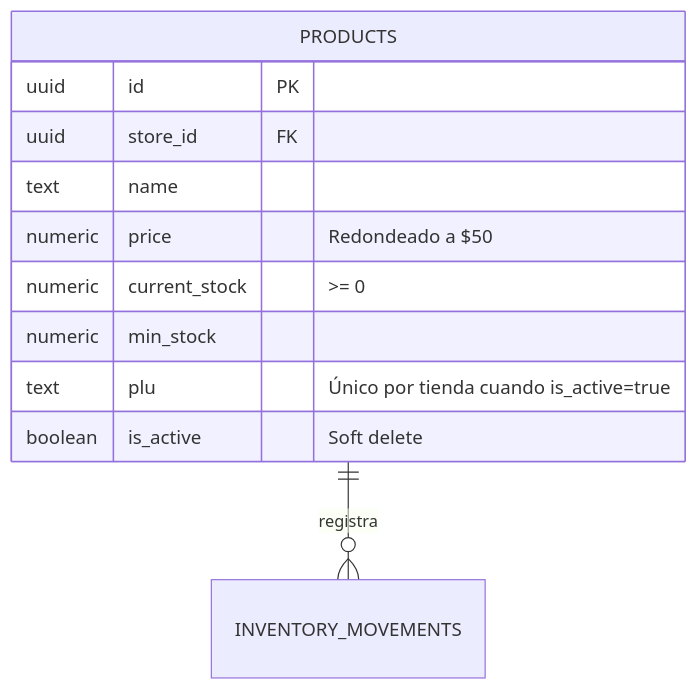
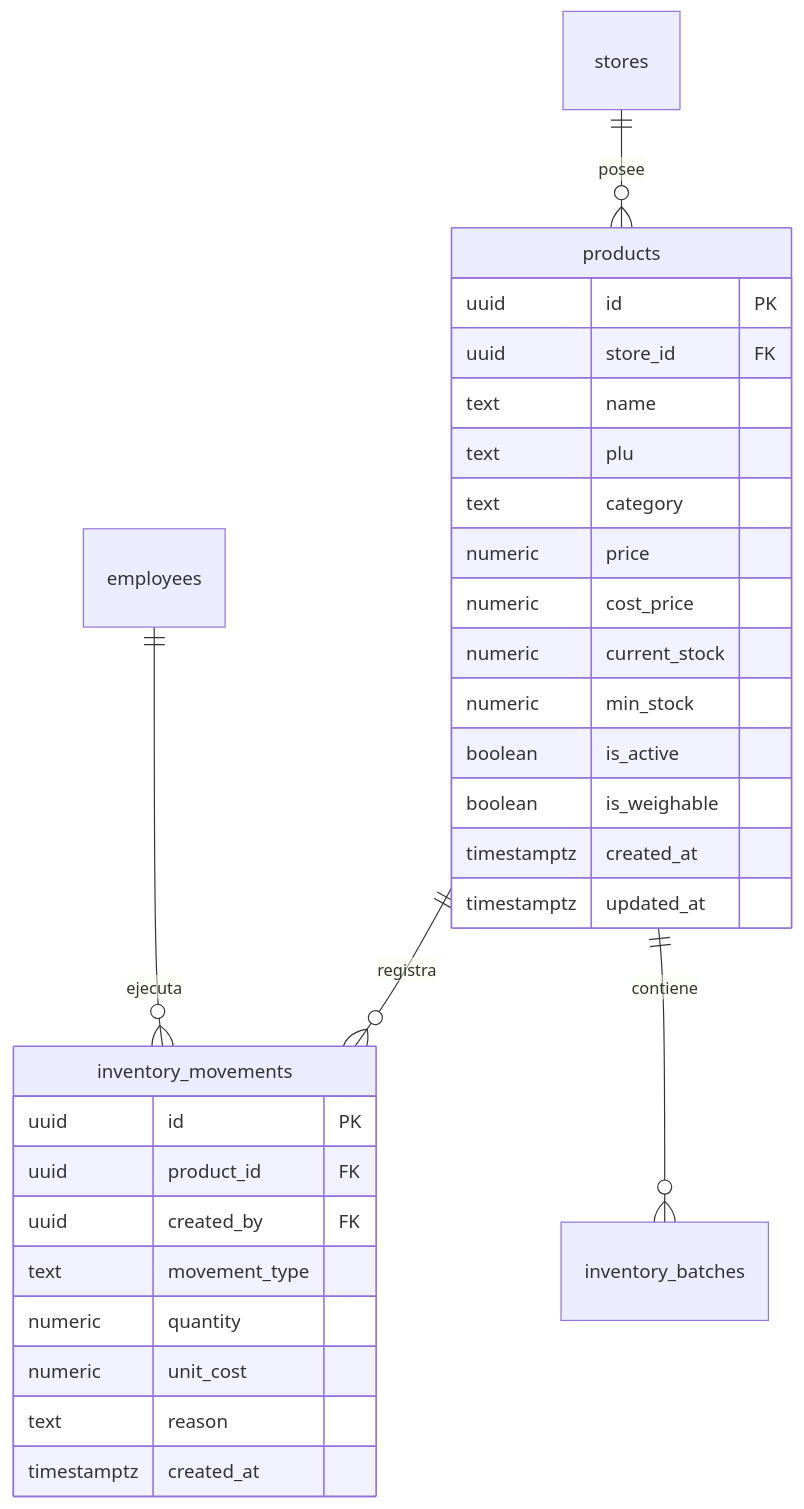
The fourth of 4 diagrams in documentation/01_requirements/SDD/SDD_006_NUCLEO_INVENTARIO_PADRE.md (YamirJCF/tienda-barrio-pro), drawn with Mermaid before and after one commit. The commit also changed other lines of this file and 5 other files, not shown here.

````diff
--- a/documentation/01_requirements/SDD/SDD_006_NUCLEO_INVENTARIO_PADRE.md
+++ b/documentation/01_requirements/SDD/SDD_006_NUCLEO_INVENTARIO_PADRE.md
@@ -127,15 +261,34 @@
 ```mermaid
 erDiagram
-    PRODUCTS ||--o{ INVENTORY_MOVEMENTS : registra
+    stores ||--o{ products : "posee"
+    products ||--o{ inventory_movements : "registra"
+    products ||--o{ inventory_batches : "contiene"
+    employees ||--o{ inventory_movements : "ejecuta"
 
-    PRODUCTS {
+    products {
         uuid id PK
         uuid store_id FK
         text name
-        numeric price "Redondeado a $50"
-        numeric current_stock ">= 0"
+        text plu
+        text category
+        numeric price
+        numeric cost_price
+        numeric current_stock
         numeric min_stock
-        text plu "Único por tienda cuando is_active=true"
-        boolean is_active "Soft delete"
+        boolean is_active
+        boolean is_weighable
+        timestamptz created_at
+        timestamptz updated_at
+    }
+
+    inventory_movements {
+        uuid id PK
+        uuid product_id FK
+        uuid created_by FK
+        text movement_type
+        numeric quantity
+        numeric unit_cost
+        text reason
+        timestamptz created_at
     }
 ```
````
